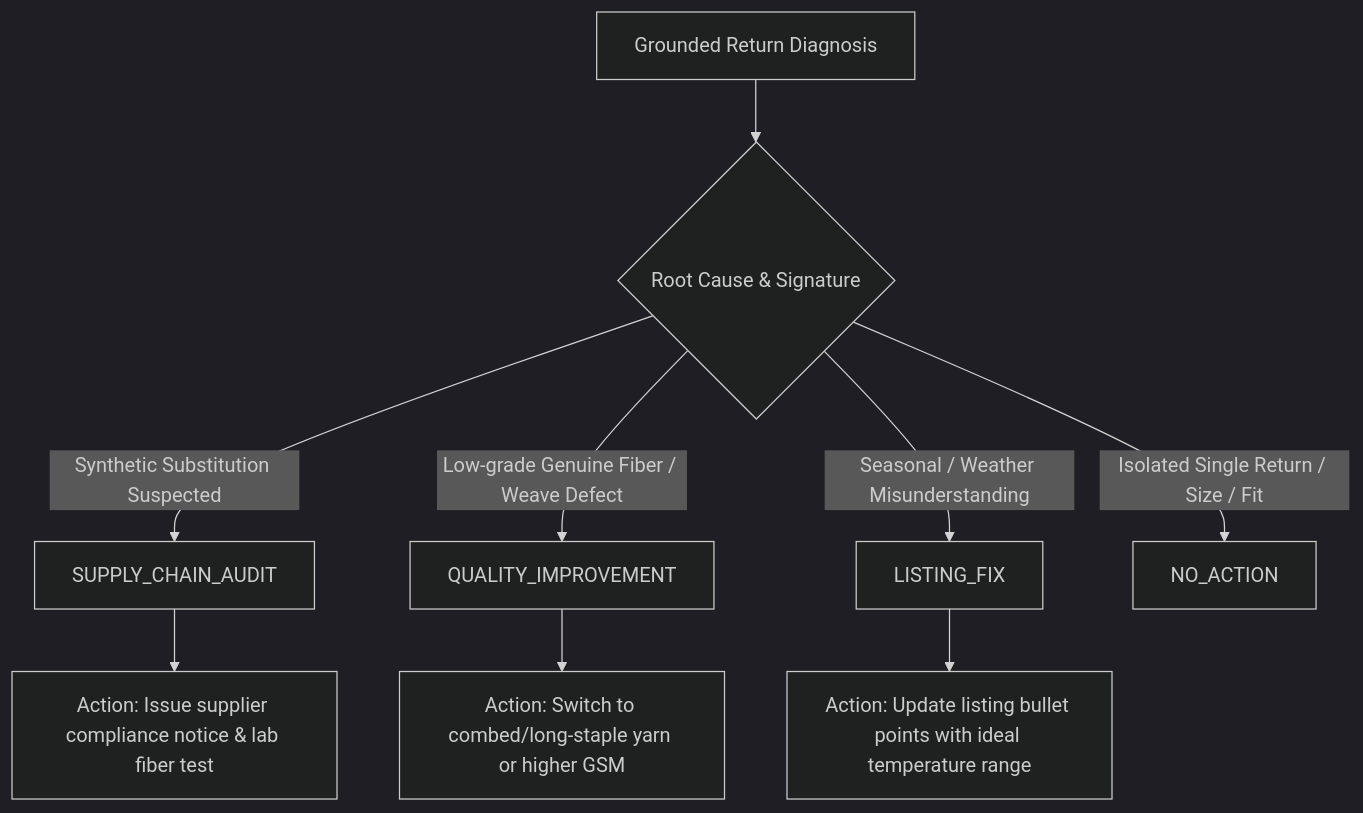
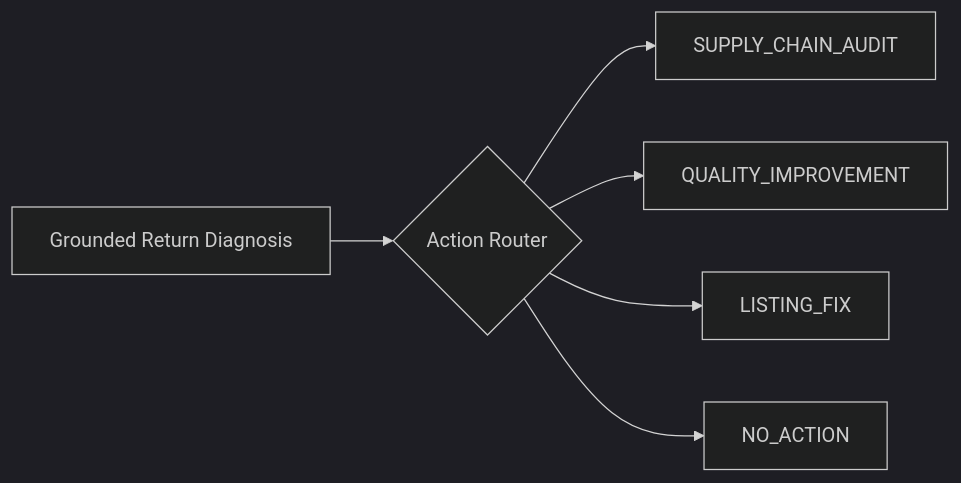
The second of 2 diagrams in docs/06_seller_intelligence_dashboard.md (addy9051/True-texture-detector-AI-system), drawn with Mermaid (dark theme) before and after one commit. The commit also changed other lines of this file and 7 other files, not shown here.

Commit message:
docs: add comprehensive system documentation for architecture, LLMOps, pipeline operations, and developer guides.

````diff
--- a/docs/06_seller_intelligence_dashboard.md
+++ b/docs/06_seller_intelligence_dashboard.md
@@ -88,13 +81,8 @@
 ```mermaid
-graph TD
-    A[Grounded Return Diagnosis] --> B{Root Cause & Signature}
-    
-    B -- "Synthetic Substitution Suspected" --> C[SUPPLY_CHAIN_AUDIT]
-    B -- "Low-grade Genuine Fiber / Weave Defect" --> D[QUALITY_IMPROVEMENT]
-    B -- "Seasonal / Weather Misunderstanding" --> E[LISTING_FIX]
-    B -- "Isolated Single Return / Size / Fit" --> F[NO_ACTION]
-
-    C --> G[Action: Issue supplier compliance notice & lab fiber test]
-    D --> H[Action: Switch to combed/long-staple yarn or higher GSM]
-    E --> I[Action: Update listing bullet points with ideal temperature range]
+graph LR
+    A[Grounded Return Diagnosis] --> B{Action Router}
+    B --> C[SUPPLY_CHAIN_AUDIT]
+    B --> D[QUALITY_IMPROVEMENT]
+    B --> E[LISTING_FIX]
+    B --> F[NO_ACTION]
 ```
````
